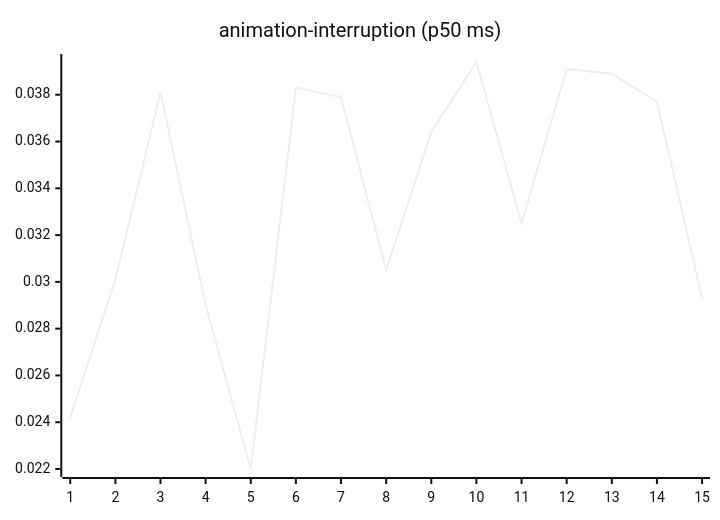
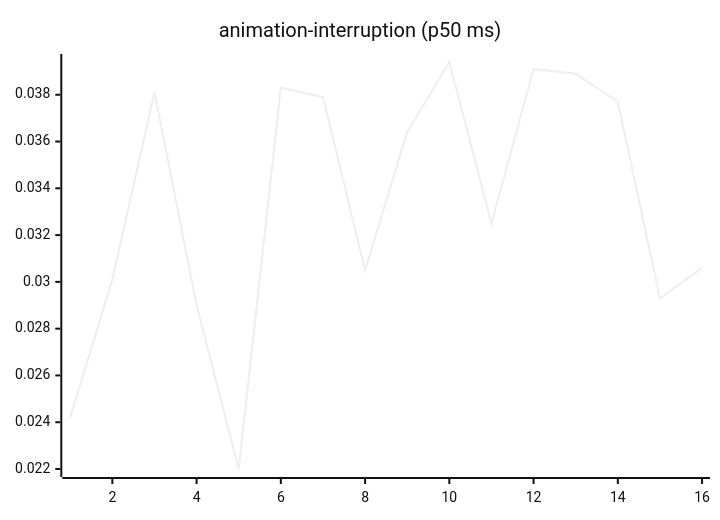
Before and after one commit to josha/Facet: the third of 27 diagrams in README.md, drawn with Mermaid (neutral theme). The commit also changed other lines of this file and 2 other files, not shown here.

````diff
--- a/README.md
+++ b/README.md
@@ -77,6 +77,6 @@
 ```mermaid
 xychart-beta
     title "animation-interruption (p50 ms)"
-    x-axis 1 --> 15
-    line [0.0242, 0.0301, 0.0381, 0.0290, 0.0220, 0.0383, 0.0379, 0.0305, 0.0364, 0.0394, 0.0325, 0.0391, 0.0389, 0.0377, 0.0293]
+    x-axis 1 --> 16
+    line [0.0242, 0.0301, 0.0381, 0.0290, 0.0220, 0.0383, 0.0379, 0.0305, 0.0364, 0.0394, 0.0325, 0.0391, 0.0389, 0.0377, 0.0293, 0.0306]
 ```
````
